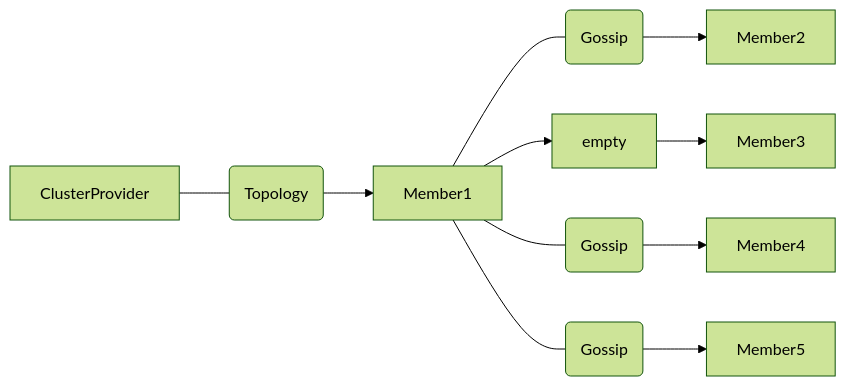
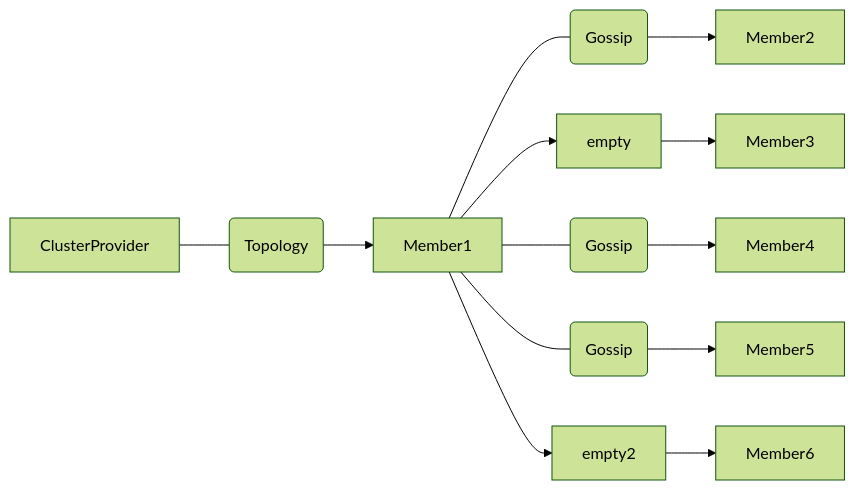
Before and after one commit to asynkron/protoactor-website: the diagram in hugo/content/docs/cluster/gossip.md, drawn with Mermaid (forest theme).

Commit message:
gossip diagram

````diff
--- a/hugo/content/docs/cluster/gossip.md
+++ b/hugo/content/docs/cluster/gossip.md
@@ -51,24 +51,25 @@
 ```mermaid
 graph LR
     Topology(Topology)
     class Topology message
 
     Gossip2(Gossip)
     class Gossip2 message
 
     Gossip4(Gossip)
     class Gossip4 message
 
     Gossip5(Gossip)
     class Gossip5 message
 
     ClusterProvider --- Topology
     Topology --> Member1
     Member1 --- Gossip2 --> Member2
     Member1 --> empty --> Member3
     Member1 --- Gossip4 --> Member4
     Member1 --- Gossip5 --> Member5
+    Member1 --> empty2 --> Member6
 
 
 
 ```
````
